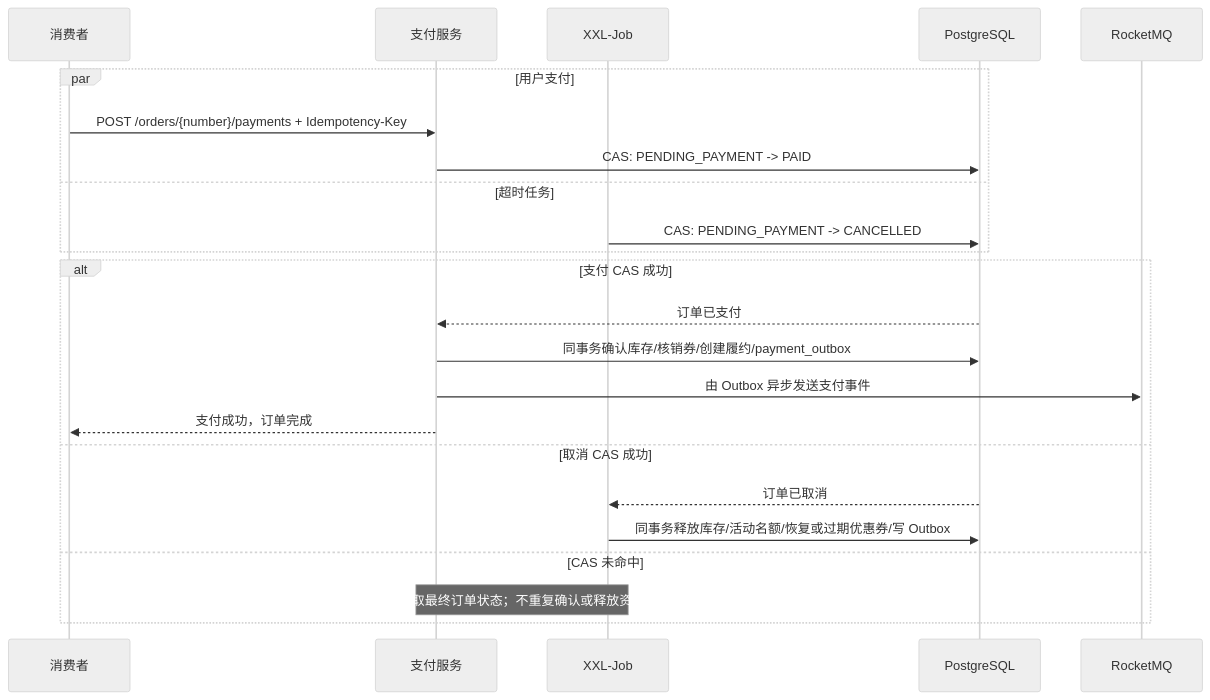
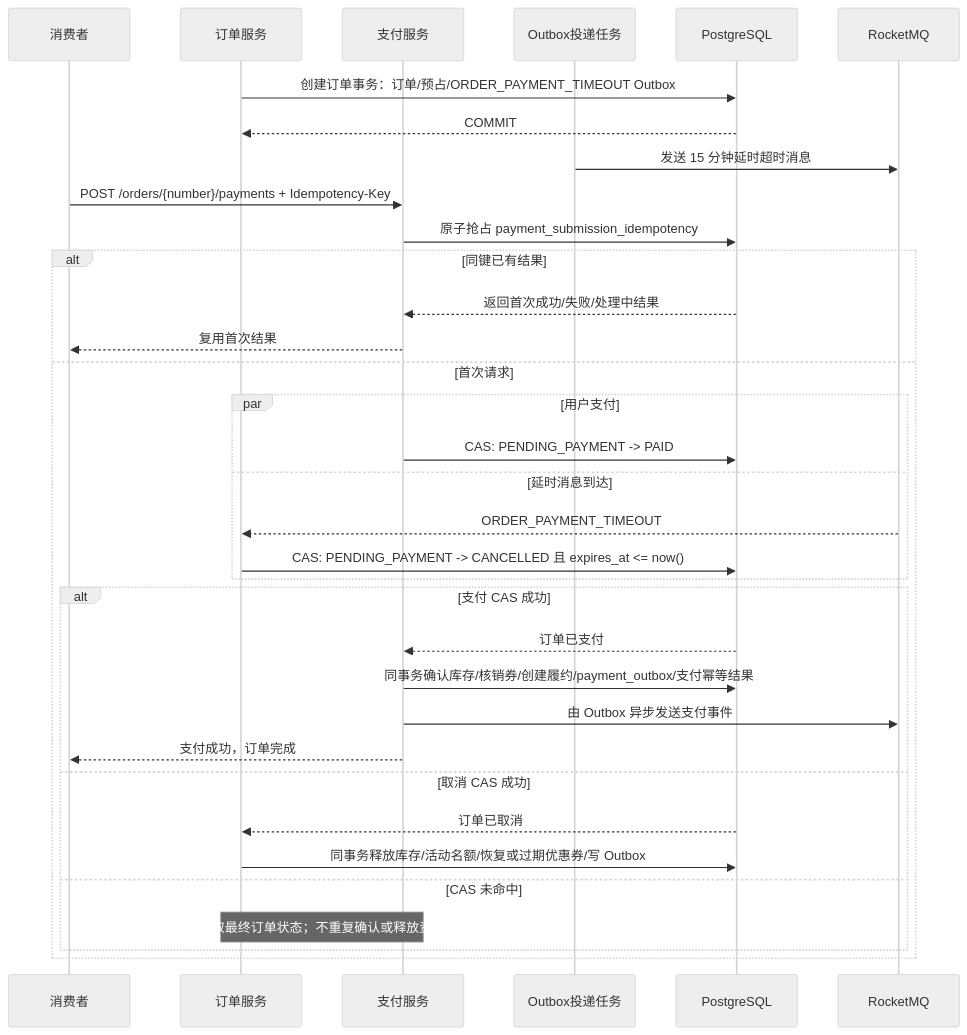
The seventh of 9 diagrams in docs/sequence-design.md (NyaRu-Kiss/FlashSale), drawn with Mermaid (neutral theme) before and after one commit. The commit also changed other lines of this file and 3 other files, not shown here.

Commit message:
docs: 关键流程时序图: 补充读缓存, 延时双删, 活动缓存预热 技术约束: 添加缓存部分

````diff
--- a/docs/sequence-design.md
+++ b/docs/sequence-design.md
@@ -101,26 +252,37 @@
 ```mermaid
 sequenceDiagram
     participant Customer as 消费者
+    participant Order as 订单服务
     participant Payment as 支付服务
-    participant Job as XXL-Job
+    participant Timer as Outbox投递任务
     participant DB as PostgreSQL
     participant MQ as RocketMQ
 
-    par 用户支付
-        Customer->>Payment: POST /orders/{number}/payments + Idempotency-Key
-        Payment->>DB: CAS: PENDING_PAYMENT -> PAID
-    and 超时任务
-        Job->>DB: CAS: PENDING_PAYMENT -> CANCELLED
-    end
-    alt 支付 CAS 成功
-        DB-->>Payment: 订单已支付
-        Payment->>DB: 同事务确认库存/核销券/创建履约/payment_outbox
-        Payment->>MQ: 由 Outbox 异步发送支付事件
-        Payment-->>Customer: 支付成功，订单完成
-    else 取消 CAS 成功
-        DB-->>Job: 订单已取消
-        Job->>DB: 同事务释放库存/活动名额/恢复或过期优惠券/写 Outbox
-    else CAS 未命中
-        Note over Payment,Job: 读取最终订单状态；不重复确认或释放资源
+    Order->>DB: 创建订单事务：订单/预占/ORDER_PAYMENT_TIMEOUT Outbox
+    DB-->>Order: COMMIT
+    Timer->>MQ: 发送 15 分钟延时超时消息
+    Customer->>Payment: POST /orders/{number}/payments + Idempotency-Key
+    Payment->>DB: 原子抢占 payment_submission_idempotency
+    alt 同键已有结果
+        DB-->>Payment: 返回首次成功/失败/处理中结果
+        Payment-->>Customer: 复用首次结果
+    else 首次请求
+        par 用户支付
+            Payment->>DB: CAS: PENDING_PAYMENT -> PAID
+        and 延时消息到达
+            MQ-->>Order: ORDER_PAYMENT_TIMEOUT
+            Order->>DB: CAS: PENDING_PAYMENT -> CANCELLED 且 expires_at <= now()
+        end
+        alt 支付 CAS 成功
+            DB-->>Payment: 订单已支付
+            Payment->>DB: 同事务确认库存/核销券/创建履约/payment_outbox/支付幂等结果
+            Payment->>MQ: 由 Outbox 异步发送支付事件
+            Payment-->>Customer: 支付成功，订单完成
+        else 取消 CAS 成功
+            DB-->>Order: 订单已取消
+            Order->>DB: 同事务释放库存/活动名额/恢复或过期优惠券/写 Outbox
+        else CAS 未命中
+            Note over Payment,Order: 读取最终订单状态；不重复确认或释放资源
+        end
     end
 ```
````
